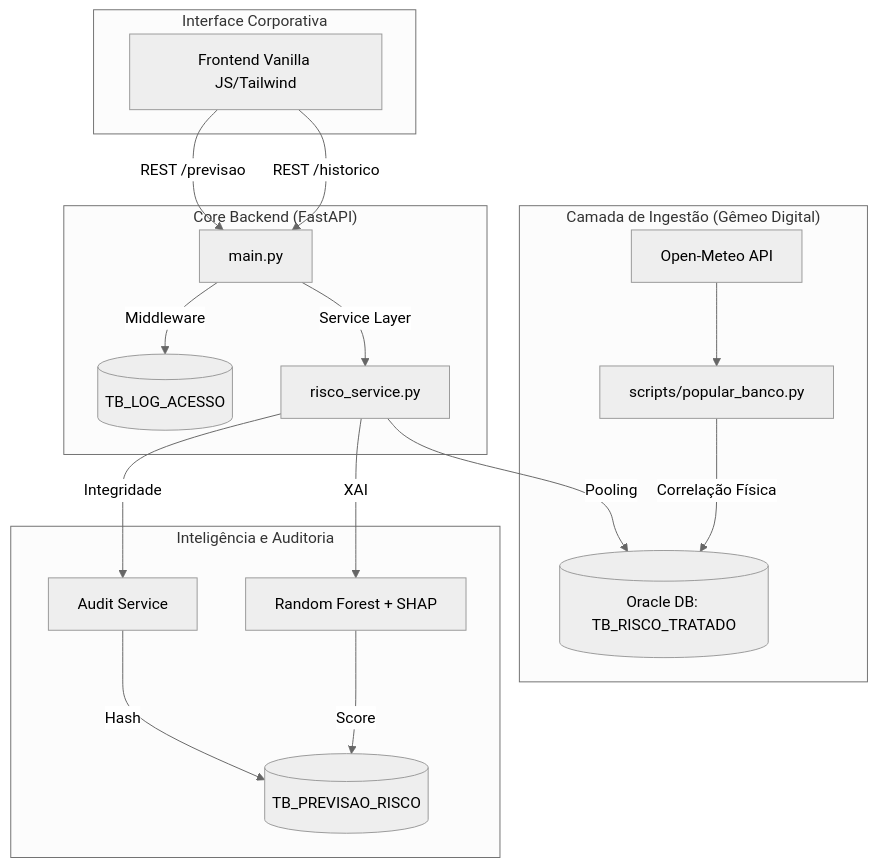
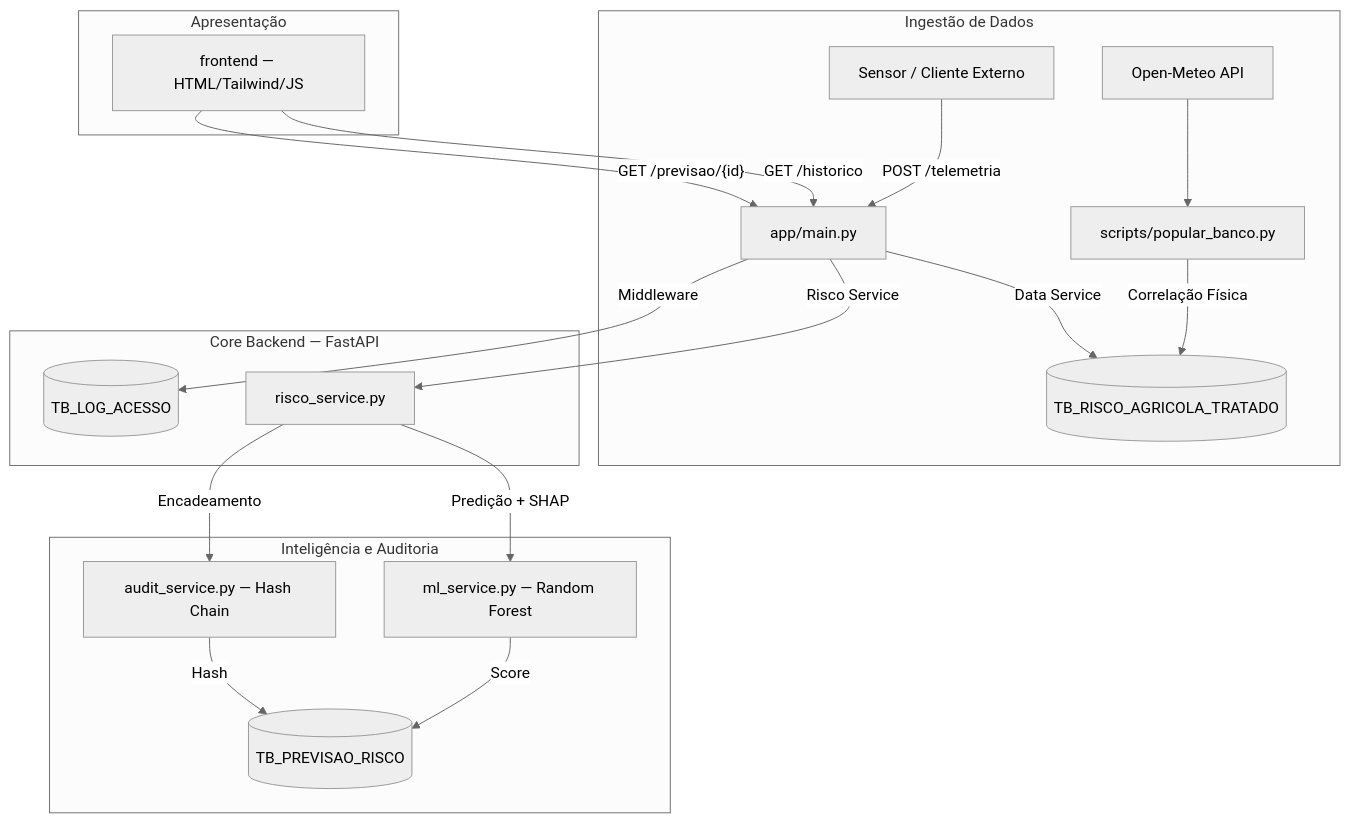
One commit to renansouz/maia-intelligence-NEXT changed the diagram in docs/ARCHITECTURE.md. Above: the diagram before and after it, drawn with Mermaid (neutral theme). The commit also changed other lines of this file and 3 other files, not shown here.

````diff
--- a/docs/ARCHITECTURE.md
+++ b/docs/ARCHITECTURE.md
@@ -7,25 +7,26 @@
 ```mermaid
 flowchart TD
-    subgraph "Camada de Ingestão (Gêmeo Digital)"
-        A[Open-Meteo API] --> B[scripts/popular_banco.py]
-        B -- "Correlação Física" --> C[(Oracle DB: TB_RISCO_TRATADO)]
+    subgraph "Ingestão de Dados"
+        S1[Sensor / Cliente Externo] -- "POST /telemetria" --> API
+        S2[Open-Meteo API] --> B[scripts/popular_banco.py]
+        B -- "Correlação Física" --> DB1[(TB_RISCO_AGRICOLA_TRATADO)]
     end
 
-    subgraph "Core Backend (FastAPI)"
-        D[main.py] -- "Middleware" --> L[(TB_LOG_ACESSO)]
-        D -- "Service Layer" --> S[risco_service.py]
-        S -- "Pooling" --> C
+    subgraph "Core Backend — FastAPI"
+        API[app/main.py] -- "Middleware" --> LOG[(TB_LOG_ACESSO)]
+        API -- "Data Service" --> DB1
+        API -- "Risco Service" --> S[risco_service.py]
     end
 
     subgraph "Inteligência e Auditoria"
-        S -- "XAI" --> ML[Random Forest + SHAP]
-        S -- "Integridade" --> AC[Audit Service]
+        S -- "Predição + SHAP" --> ML[ml_service.py — Random Forest]
+        S -- "Encadeamento" --> AC[audit_service.py — Hash Chain]
         ML -- "Score" --> DB2[(TB_PREVISAO_RISCO)]
         AC -- "Hash" --> DB2
     end
 
-    subgraph "Interface Corporativa"
-        UI[Frontend Vanilla JS/Tailwind] -- "REST /historico" --> D
-        UI -- "REST /previsao" --> D
+    subgraph "Apresentação"
+        UI[frontend — HTML/Tailwind/JS] -- "GET /historico" --> API
+        UI -- "GET /previsao/{id}" --> API
     end
 ```
````
